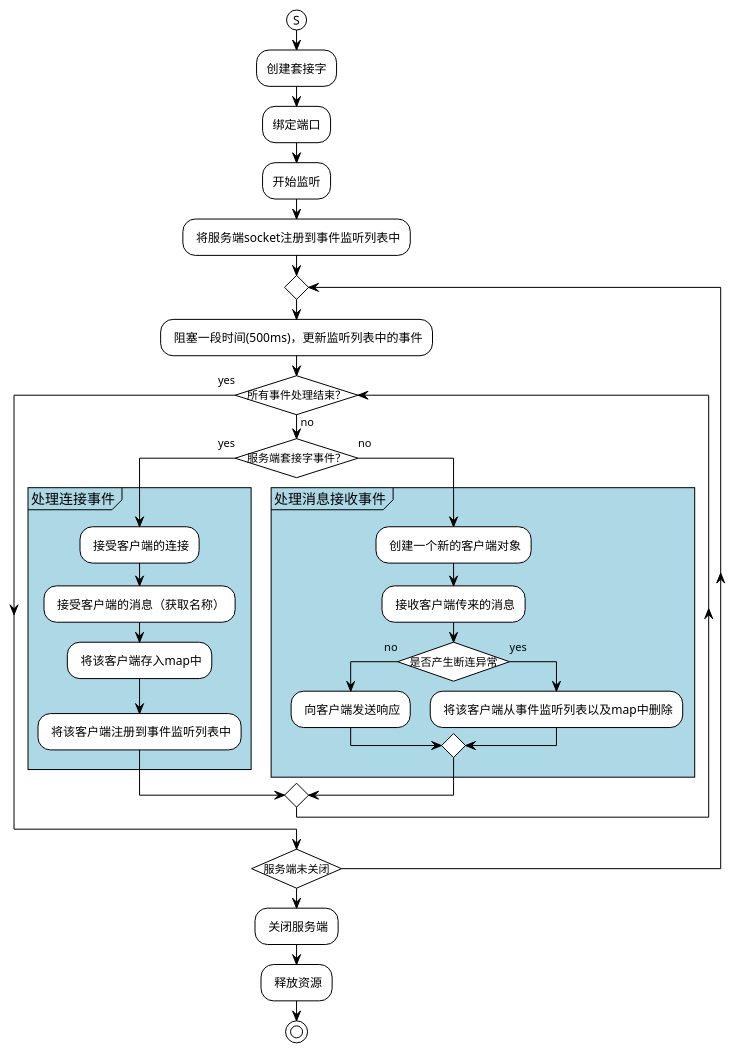
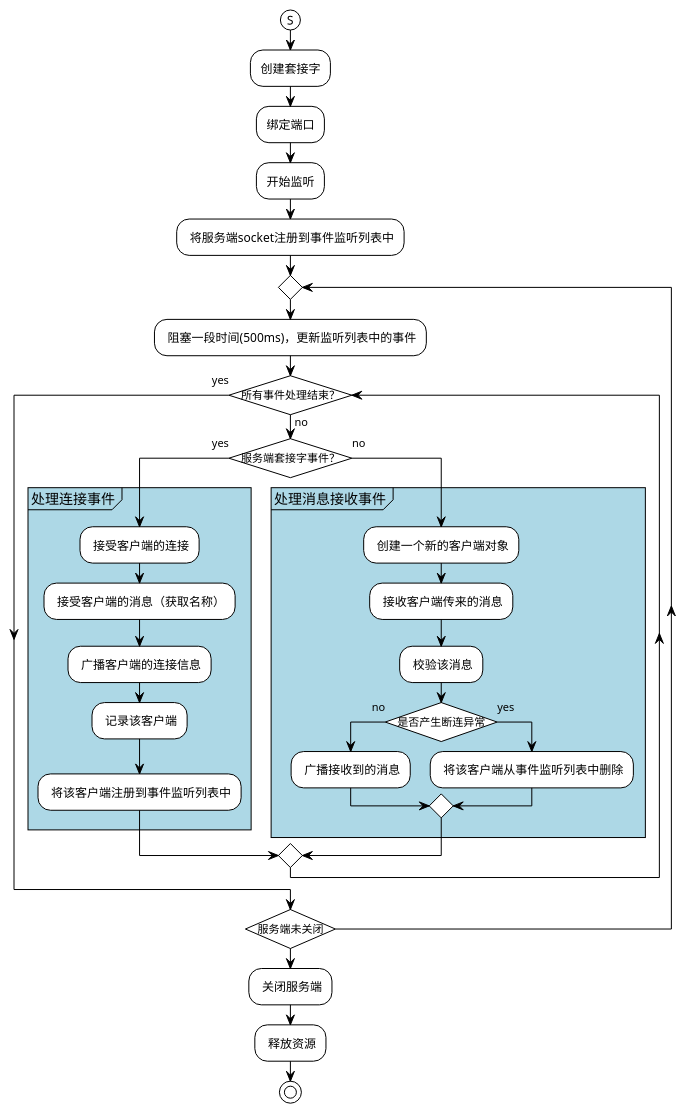
Before and after one commit to CJY-C/tcp: the diagram in doc/serverNode.puml, drawn with PlantUML. The commit also changed 20 other files, not shown here.

```diff
--- a/doc/serverNode.puml
+++ b/doc/serverNode.puml
@@ -1,37 +1,39 @@
 @startuml
 !theme plain
 skinparam conditionStyle InsideDiamond
 |服务端线程|
 /' start '/
 (S)
 :创建套接字;
 :绑定端口;
 :开始监听;
 : 将服务端socket注册到事件监听列表中;
 repeat 
     : 阻塞一段时间(500ms)，更新监听列表中的事件;
     while (所有事件处理结束？) is (no)
         if (服务端套接字事件？) then (yes)
             partition 处理连接事件 #lightblue
             : 接受客户端的连接;
             : 接受客户端的消息（获取名称）;
-            : 将该客户端存入map中;
+            : 广播客户端的连接信息;
+            : 记录该客户端;
             : 将该客户端注册到事件监听列表中;
         }
         else (no)
             partition 处理消息接收事件 #lightblue
             : 创建一个新的客户端对象;
             : 接收客户端传来的消息;
+            : 校验该消息;
             if (是否产生断连异常) then (no)
-                : 向客户端发送响应;
+                : 广播接收到的消息;
             else (yes)
-                : 将该客户端从事件监听列表以及map中删除;
+                : 将该客户端从事件监听列表中删除;
             endif
         }
         endif
     end while (yes)
 repeat while (服务端未关闭)
 : 关闭服务端;
 : 释放资源;
 stop
 @enduml
```
